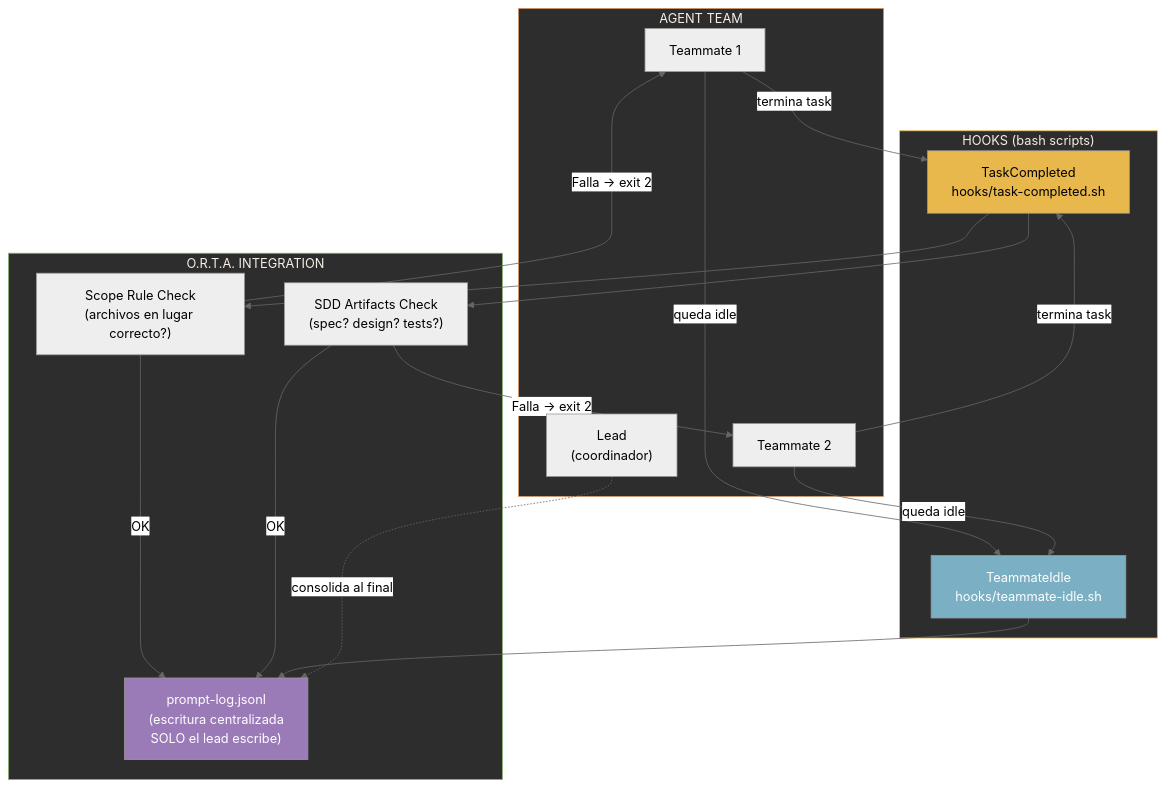
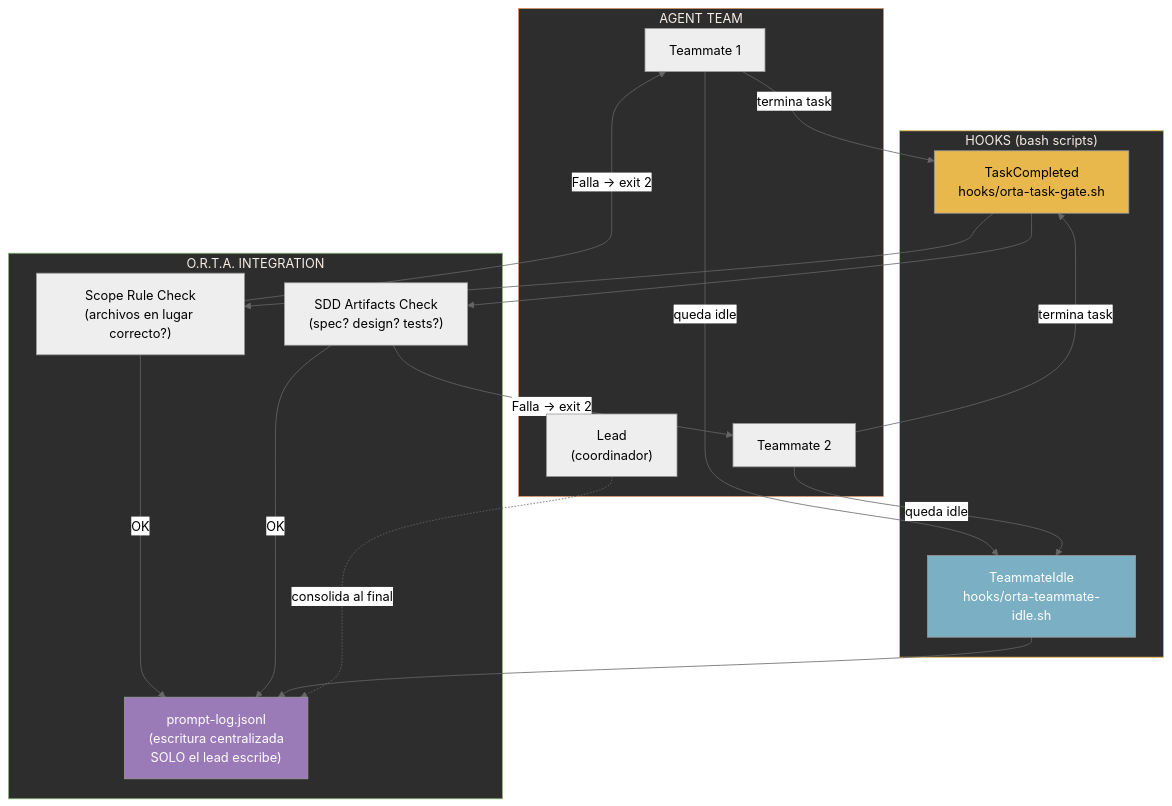
One commit to jota-batuta/batuta-dots changed diagram 14 of 23 in docs/architecture/arquitectura-diagrama.md. Above: the diagram before and after it, drawn with Mermaid (neutral theme). The commit also changed other lines of this file and 3 other files, not shown here.

First line of the commit message:
fix(docs): update QA file tree, diagram count, infra-agent skill count

````diff
--- a/docs/architecture/arquitectura-diagrama.md
+++ b/docs/architecture/arquitectura-diagrama.md
@@ -465,42 +465,42 @@
 ```mermaid
 flowchart TD
     subgraph TEAM["AGENT TEAM"]
         LEAD["Lead<br/>(coordinador)"]
         TM1["Teammate 1"]
         TM2["Teammate 2"]
     end
 
     subgraph HOOKS["HOOKS (bash scripts)"]
-        IDLE["TeammateIdle<br/>hooks/teammate-idle.sh"]
-        COMPLETED["TaskCompleted<br/>hooks/task-completed.sh"]
+        IDLE["TeammateIdle<br/>hooks/orta-teammate-idle.sh"]
+        COMPLETED["TaskCompleted<br/>hooks/orta-task-gate.sh"]
     end
 
     subgraph ORTA["O.R.T.A. INTEGRATION"]
         LOG["prompt-log.jsonl<br/>(escritura centralizada<br/>SOLO el lead escribe)"]
         SCOPE["Scope Rule Check<br/>(archivos en lugar correcto?)"]
         SDD_CHECK["SDD Artifacts Check<br/>(spec? design? tests?)"]
     end
 
     TM1 -->|"termina task"| COMPLETED
     TM2 -->|"termina task"| COMPLETED
     TM1 -->|"queda idle"| IDLE
     TM2 -->|"queda idle"| IDLE
 
     COMPLETED --> SCOPE
     COMPLETED --> SDD_CHECK
     SCOPE -->|"OK"| LOG
     SDD_CHECK -->|"OK"| LOG
     SCOPE -->|"Falla → exit 2"| TM1
     SDD_CHECK -->|"Falla → exit 2"| TM2
 
     IDLE --> LOG
 
     LEAD -.->|"consolida al final"| LOG
 
     style TEAM fill:#2d2d2d,stroke:#D4956A,color:#F5EDE4
     style HOOKS fill:#2d2d2d,stroke:#E8B84D,color:#F5EDE4
     style ORTA fill:#2d2d2d,stroke:#8BB87A,color:#F5EDE4
     style LOG fill:#9B7AB8,color:#fff
     style COMPLETED fill:#E8B84D,color:#000
     style IDLE fill:#7AAFC4,color:#fff
 ```
````
